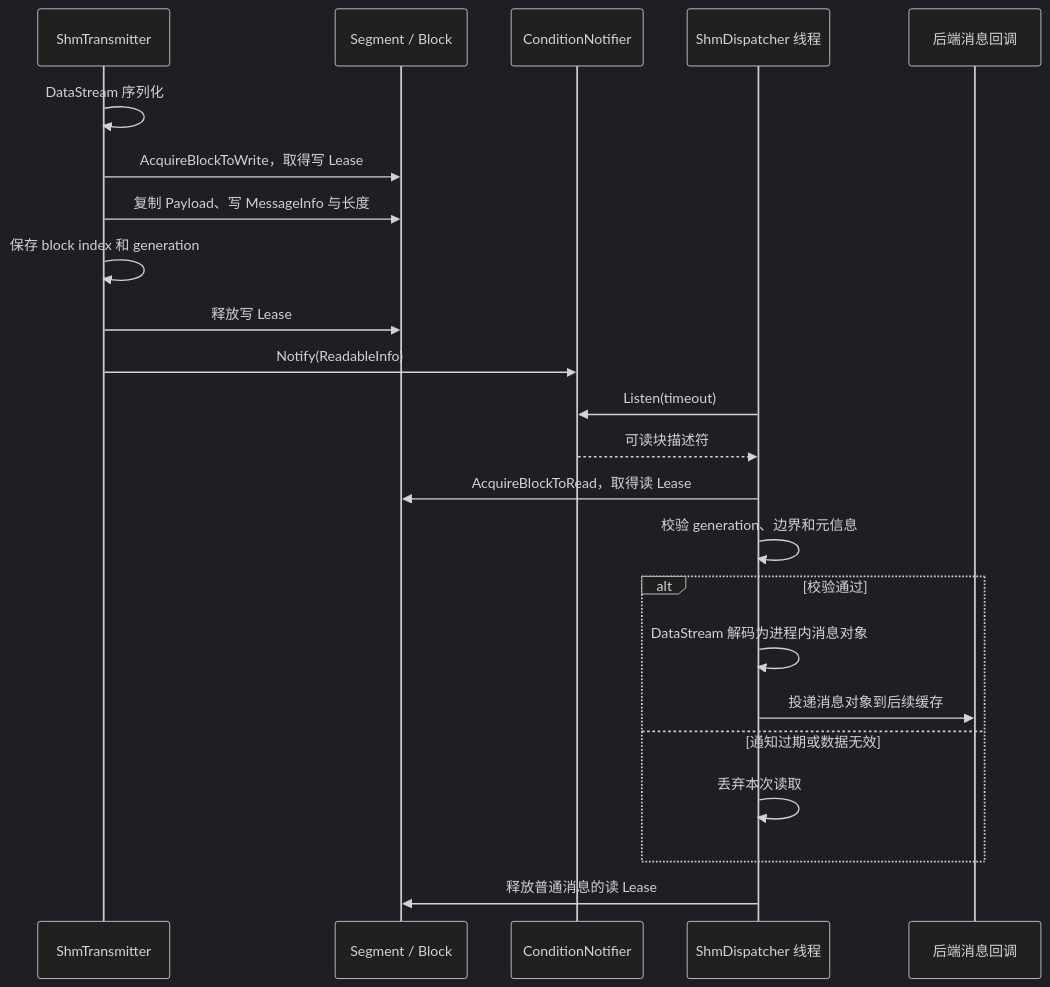
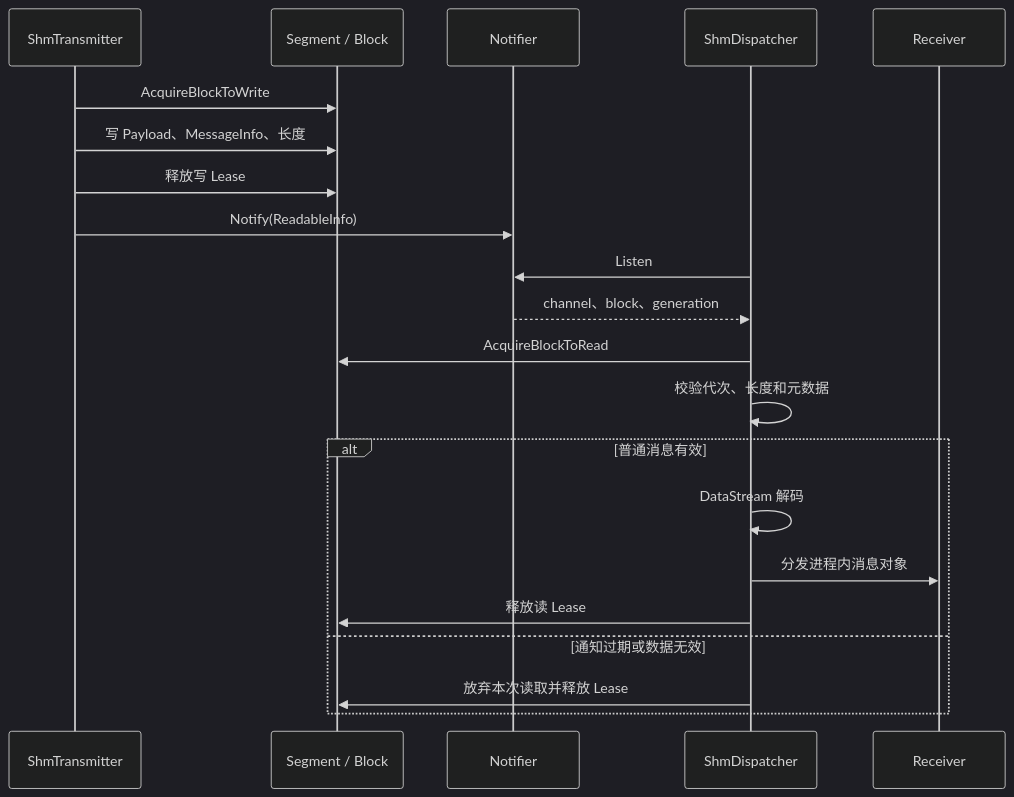
Before and after one commit to jzh03/cpp_MINI-CyberRT: the fifth of 13 diagrams in doc/architecture.md, drawn with Mermaid (dark theme). The commit also changed other lines of this file and 13 other files, not shown here.

````diff
--- a/doc/architecture.md
+++ b/doc/architecture.md
@@ -301,25 +203,23 @@
 ```mermaid
 sequenceDiagram
     participant T as ShmTransmitter
-    participant S as Segment / Block
-    participant N as ConditionNotifier
-    participant D as ShmDispatcher 线程
-    participant R as 后端消息回调
-    T->>T: DataStream 序列化
-    T->>S: AcquireBlockToWrite，取得写 Lease
-    T->>S: 复制 Payload、写 MessageInfo 与长度
-    T->>T: 保存 block index 和 generation
-    T->>S: 释放写 Lease
+    participant B as Segment / Block
+    participant N as Notifier
+    participant D as ShmDispatcher
+    participant R as Receiver
+    T->>B: AcquireBlockToWrite
+    T->>B: 写 Payload、MessageInfo、长度
+    T->>B: 释放写 Lease
     T->>N: Notify(ReadableInfo)
-    D->>N: Listen(timeout)
-    N-->>D: 可读块描述符
-    D->>S: AcquireBlockToRead，取得读 Lease
-    D->>D: 校验 generation、边界和元信息
-    alt 校验通过
-        D->>D: DataStream 解码为进程内消息对象
-        D->>R: 投递消息对象到后续缓存
+    D->>N: Listen
+    N-->>D: channel、block、generation
+    D->>B: AcquireBlockToRead
+    D->>D: 校验代次、长度和元数据
+    alt 普通消息有效
+        D->>D: DataStream 解码
+        D->>R: 分发进程内消息对象
+        D->>B: 释放读 Lease
     else 通知过期或数据无效
-        D->>D: 丢弃本次读取
+        D->>B: 放弃本次读取并释放 Lease
     end
-    D->>S: 释放普通消息的读 Lease
 ```
````
